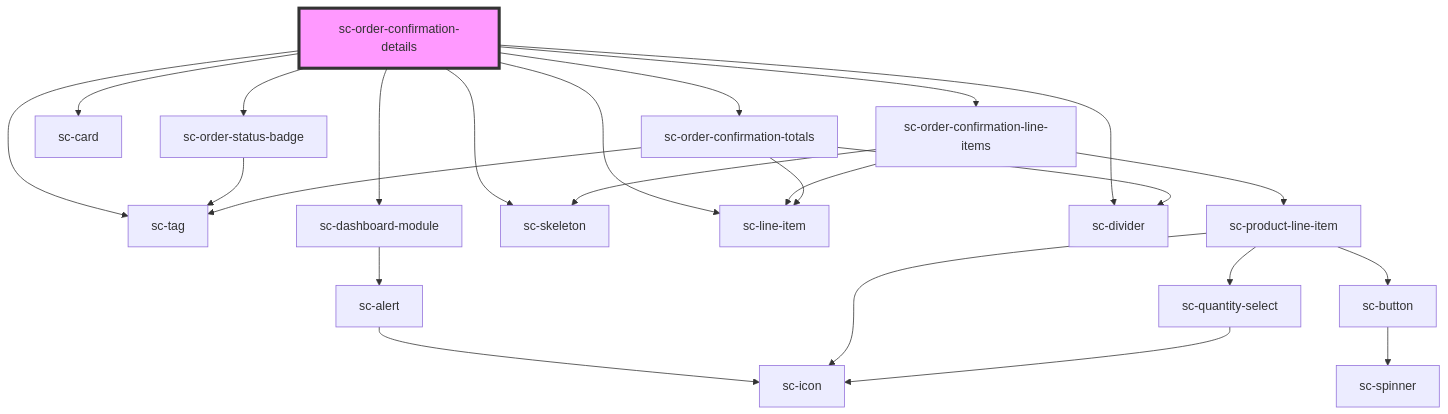
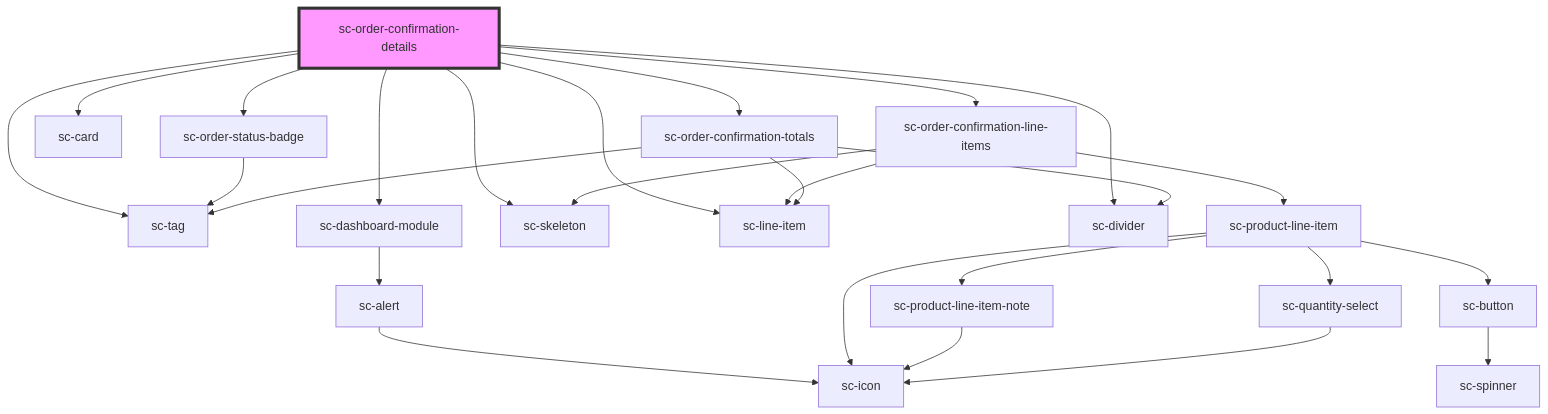
Before and after one commit to surecart/surecart-wp-plugin: the diagram in packages/components/src/components/controllers/confirmation/order-confirmation-details/readme.md, drawn with Mermaid. The commit also changed 13 other files, not shown here.

First line of the commit message:
Expose bundle details and note shadow parts on product line item

````diff
--- a/packages/components/src/components/controllers/confirmation/order-confirmation-details/readme.md
+++ b/packages/components/src/components/controllers/confirmation/order-confirmation-details/readme.md
@@ -31,27 +31,29 @@
 ```mermaid
 graph TD;
   sc-order-confirmation-details --> sc-tag
   sc-order-confirmation-details --> sc-order-status-badge
   sc-order-confirmation-details --> sc-dashboard-module
   sc-order-confirmation-details --> sc-skeleton
   sc-order-confirmation-details --> sc-card
   sc-order-confirmation-details --> sc-line-item
   sc-order-confirmation-details --> sc-divider
   sc-order-confirmation-details --> sc-order-confirmation-line-items
   sc-order-confirmation-details --> sc-order-confirmation-totals
   sc-order-status-badge --> sc-tag
   sc-dashboard-module --> sc-alert
   sc-alert --> sc-icon
   sc-order-confirmation-line-items --> sc-line-item
   sc-order-confirmation-line-items --> sc-skeleton
   sc-order-confirmation-line-items --> sc-product-line-item
   sc-product-line-item --> sc-icon
+  sc-product-line-item --> sc-product-line-item-note
   sc-product-line-item --> sc-quantity-select
   sc-product-line-item --> sc-button
+  sc-product-line-item-note --> sc-icon
   sc-quantity-select --> sc-icon
   sc-button --> sc-spinner
   sc-order-confirmation-totals --> sc-line-item
   sc-order-confirmation-totals --> sc-tag
   sc-order-confirmation-totals --> sc-divider
   style sc-order-confirmation-details fill:#f9f,stroke:#333,stroke-width:4px
 ```
````
